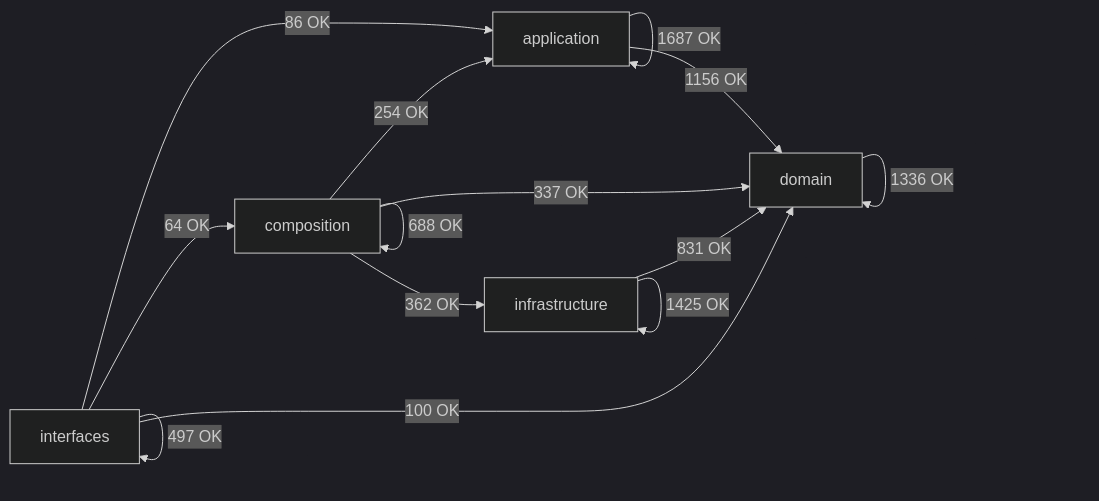
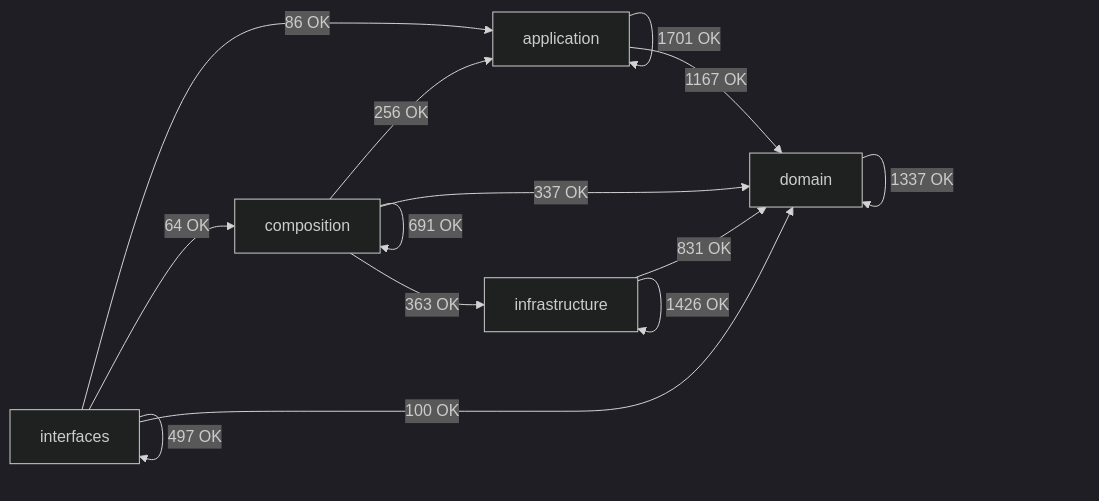
One commit to SatoryKono/BioactivityDataAcquisition changed the diagram in docs/02-architecture/generated/module-dependency-map.md. Above: the diagram before and after it, drawn with Mermaid (dark theme). The commit also changed other lines of this file and 97 other files, not shown here.

````diff
--- a/docs/02-architecture/generated/module-dependency-map.md
+++ b/docs/02-architecture/generated/module-dependency-map.md
@@ -17,21 +17,21 @@
 ```mermaid
 flowchart LR
     domain[domain]
     application[application]
     infrastructure[infrastructure]
     composition[composition]
     interfaces[interfaces]
-    application -->|1687 OK| application
-    application -->|1156 OK| domain
-    composition -->|254 OK| application
-    composition -->|688 OK| composition
+    application -->|1701 OK| application
+    application -->|1167 OK| domain
+    composition -->|256 OK| application
+    composition -->|691 OK| composition
     composition -->|337 OK| domain
-    composition -->|362 OK| infrastructure
-    domain -->|1336 OK| domain
+    composition -->|363 OK| infrastructure
+    domain -->|1337 OK| domain
     infrastructure -->|831 OK| domain
-    infrastructure -->|1425 OK| infrastructure
+    infrastructure -->|1426 OK| infrastructure
     interfaces -->|86 OK| application
     interfaces -->|64 OK| composition
     interfaces -->|100 OK| domain
     interfaces -->|497 OK| interfaces
 ```
````
